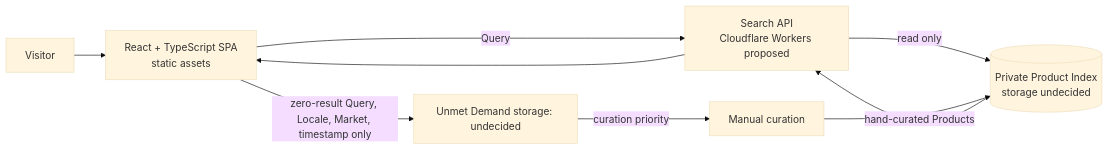
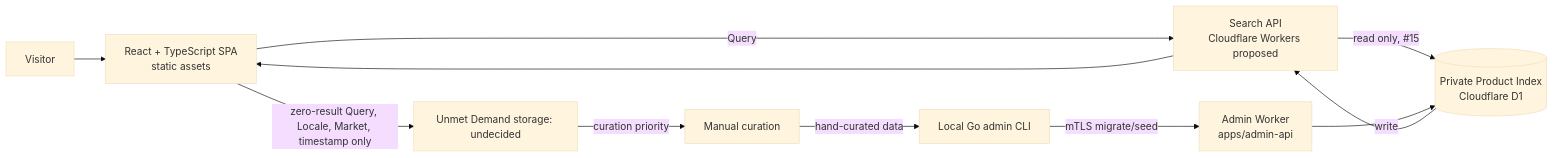
One commit to iskWang/taiwanhaul changed the second of 2 diagrams in docs/architecture.md. Above: the diagram before and after it, drawn with Mermaid (base theme). The commit also changed other lines of this file and 3 other files, not shown here.

Commit message:
Document admin Worker and D1 operations

````diff
--- a/docs/architecture.md
+++ b/docs/architecture.md
@@ -71,11 +77,13 @@
 ```mermaid
 flowchart LR
   Visitor --> SPA["React + TypeScript SPA<br/>static assets"]
   SPA -->|Query| API["Search API<br/>Cloudflare Workers proposed"]
-  API -->|read only| Index[("Private Product Index<br/>storage undecided")]
+  API -->|read only, #15| Index[("Private Product Index<br/>Cloudflare D1")]
   Index --> API
   API --> SPA
-  Curator["Manual curation"] -->|hand-curated Products| Index
+  Curator["Manual curation"] -->|hand-curated data| CLI["Local Go admin CLI"]
+  CLI -->|mTLS migrate/seed| Admin["Admin Worker<br/>apps/admin-api"]
+  Admin -->|write| Index
   SPA -->|zero-result Query, Locale, Market, timestamp only| Demand["Unmet Demand storage: undecided"]
   Demand -->|curation priority| Curator
 ```
````
